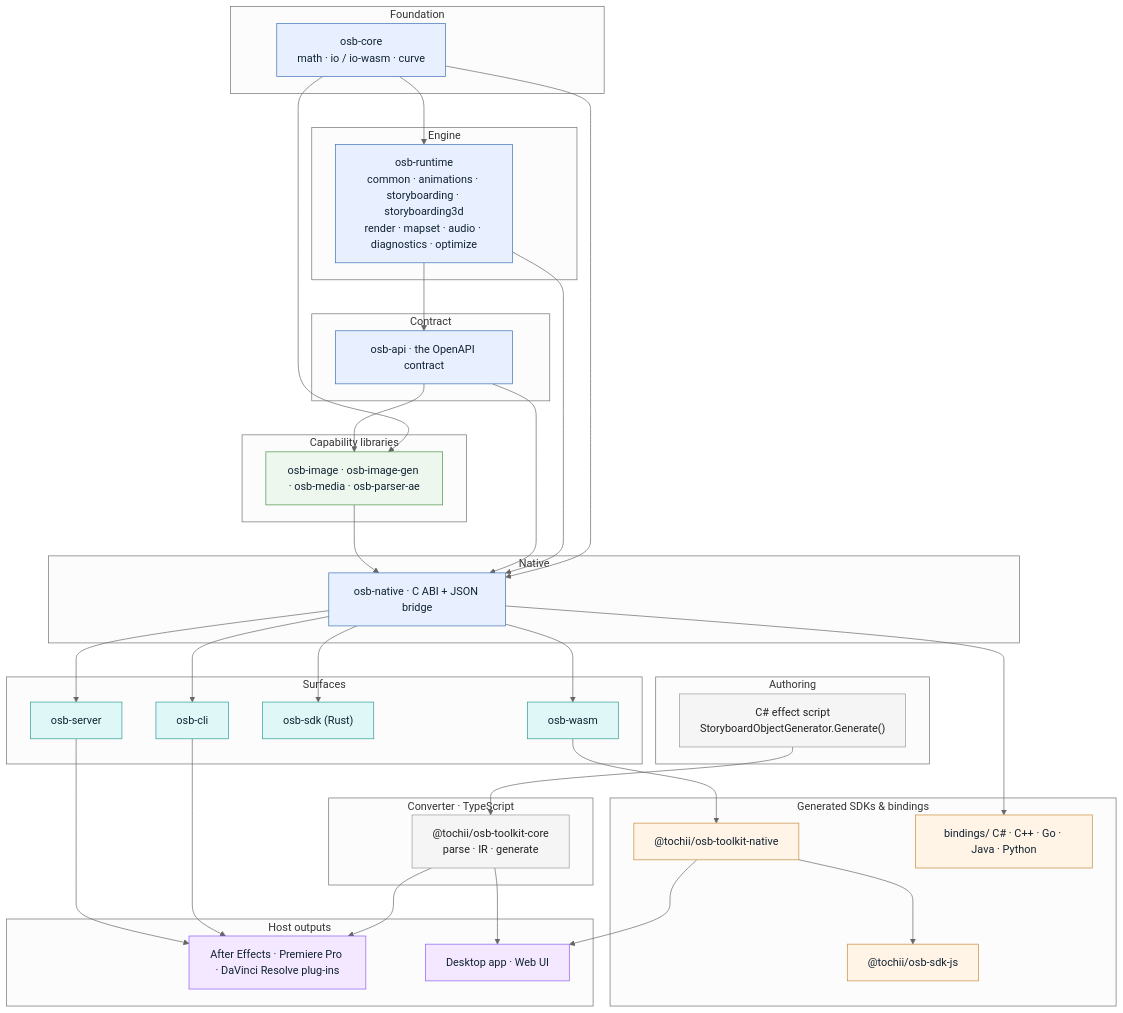
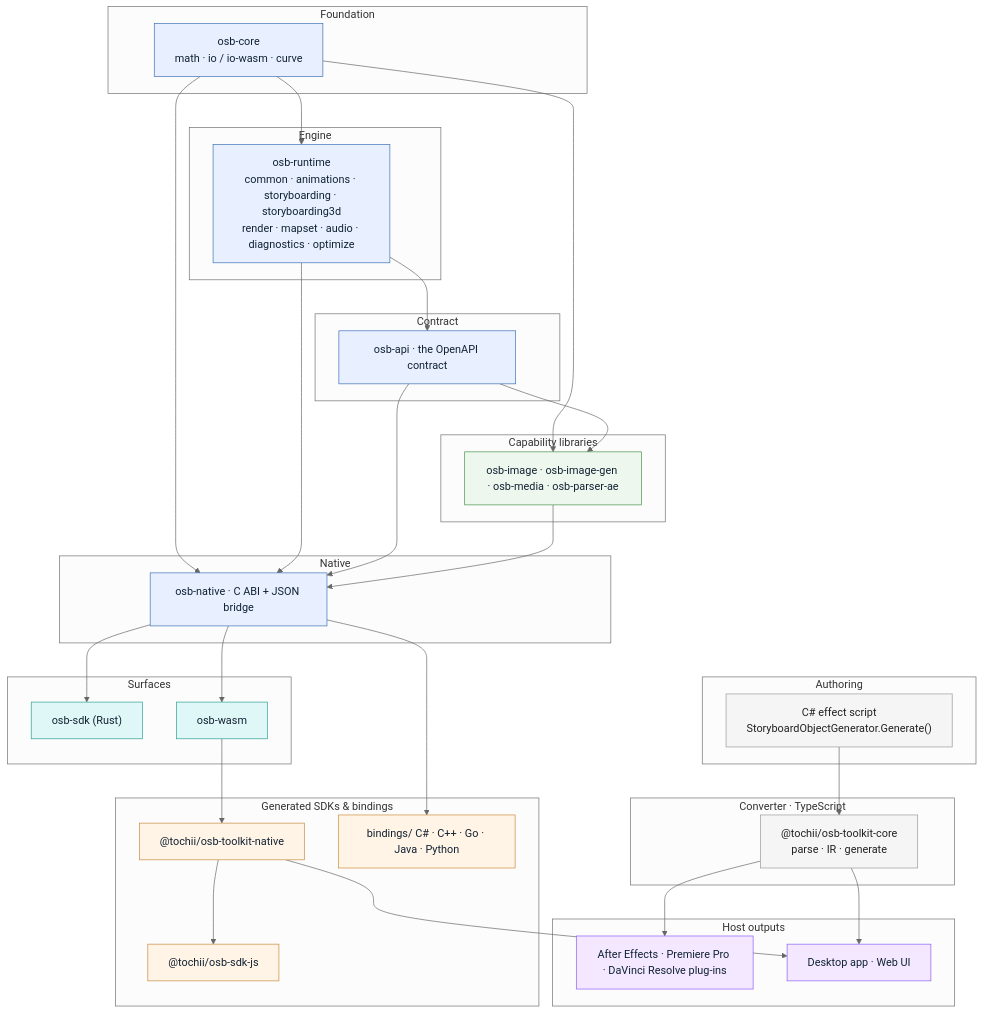
One commit to tochiResources/osb-toolkit changed the diagram in docs/architecture/01-system.mmd. Above: the diagram before and after it, drawn with Mermaid (neutral theme). The commit also changed 20 other files, not shown here.

First line of the commit message:
refactor: move osb-server and osb-cli into osb-to-plugin

```diff
--- a/docs/architecture/01-system.mmd
+++ b/docs/architecture/01-system.mmd
@@ -1,78 +1,72 @@
 flowchart TB
     classDef src fill:#f5f5f5,stroke:#999,color:#222
     classDef core fill:#e8f0ff,stroke:#3b6fb6,color:#123
     classDef lib fill:#eef7ee,stroke:#4a8f4a,color:#123
     classDef surf fill:#e0f7f7,stroke:#2a9d8f,color:#123
     classDef bind fill:#fff4e6,stroke:#c98a3b,color:#123
     classDef out fill:#f3e8ff,stroke:#8b5cf6,color:#123
 
     subgraph authoring["Authoring"]
         cs["C# effect script<br/>StoryboardObjectGenerator.Generate()"]:::src
     end
 
     subgraph converter["Converter · TypeScript"]
         cvt["@tochii/osb-toolkit-core<br/>parse · IR · generate"]:::src
     end
 
     subgraph foundation["Foundation"]
         core["osb-core<br/>math · io / io-wasm · curve"]:::core
     end
 
     subgraph engine["Engine"]
         runtime["osb-runtime<br/>common · animations · storyboarding · storyboarding3d<br/>render · mapset · audio · diagnostics · optimize"]:::core
     end
 
     subgraph contract["Contract"]
         api["osb-api · the OpenAPI contract"]:::core
     end
 
     subgraph capabilities["Capability libraries"]
         libs["osb-image · osb-image-gen · osb-media · osb-parser-ae"]:::lib
     end
 
     subgraph nativeg["Native"]
         native["osb-native · C ABI + JSON bridge"]:::core
     end
 
     subgraph surfaces["Surfaces"]
-        server["osb-server"]:::surf
-        cli["osb-cli"]:::surf
         rustsdk["osb-sdk (Rust)"]:::surf
         wasm["osb-wasm"]:::surf
     end
 
     subgraph sdks["Generated SDKs & bindings"]
         nbind["@tochii/osb-toolkit-native"]:::bind
         ts["@tochii/osb-sdk-js"]:::bind
         bindings["bindings/ C# · C++ · Go · Java · Python"]:::bind
     end
 
     subgraph hosts["Host outputs"]
         plugins["After Effects · Premiere Pro · DaVinci Resolve plug-ins"]:::out
         apps["Desktop app · Web UI"]:::out
     end
 
     cs --> cvt
     cvt --> plugins
     cvt --> apps
 
     core --> runtime
     runtime --> api
     core --> libs
     api --> libs
 
     core --> native
     runtime --> native
     api --> native
     libs --> native
 
-    native --> server
-    native --> cli
     native --> rustsdk
     native --> wasm
     native --> bindings
     wasm --> nbind
     nbind --> ts
     nbind --> apps
-    cli --> plugins
-    server --> plugins
```
